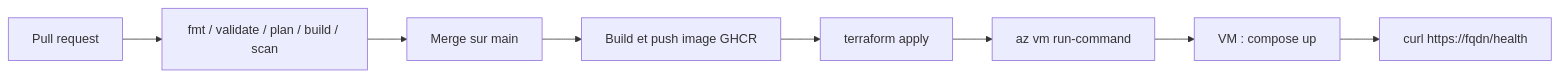
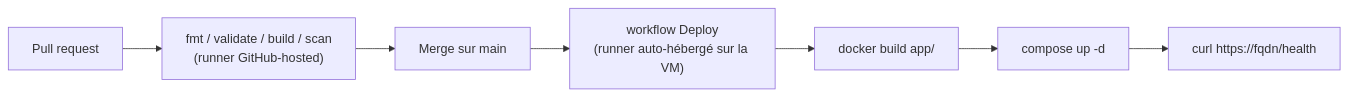
Before and after one commit to adam-benyekkou/demo-cours-docker-intro: the second of 2 diagrams in README.md, drawn with Mermaid. The commit also changed other lines of this file and 10 other files, not shown here.

First line of the commit message:
refactor: deploy from a self-hosted runner on the VM

````diff
--- a/README.md
+++ b/README.md
@@ -118,10 +118,9 @@
 ```mermaid
 flowchart LR
-  PR[Pull request] --> Checks[fmt / validate / plan / build / scan]
+  PR[Pull request] --> Checks["fmt / validate / build / scan<br/>(runner GitHub-hosted)"]
   Checks --> Merge[Merge sur main]
-  Merge --> Build[Build et push image GHCR]
-  Build --> TF[terraform apply]
-  TF --> Deploy[az vm run-command]
-  Deploy --> VM[VM : compose up]
-  VM --> Smoke[curl https://fqdn/health]
+  Merge --> Runner["workflow Deploy<br/>(runner auto-hébergé sur la VM)"]
+  Runner --> Build["docker build app/"]
+  Build --> Up["compose up -d"]
+  Up --> Smoke["curl https://fqdn/health"]
 ```
````
